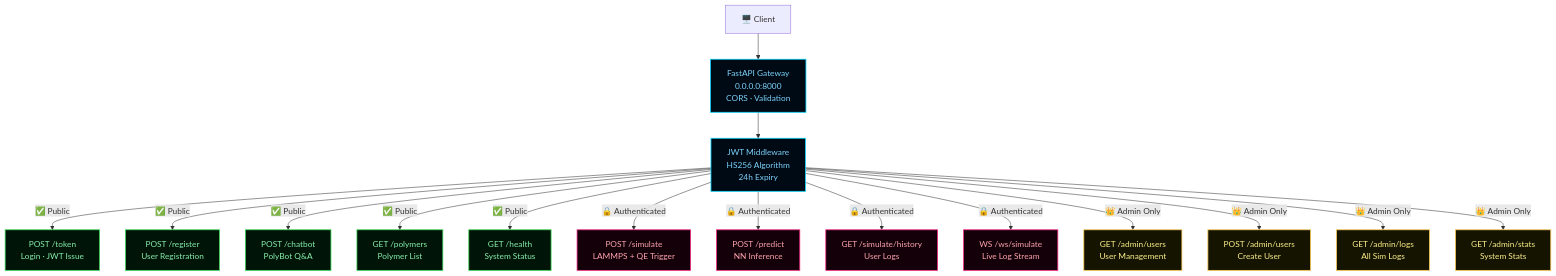
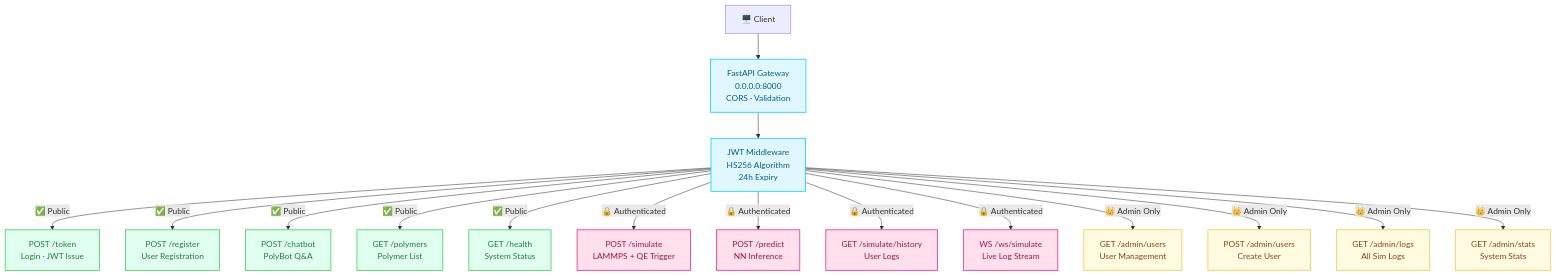
One commit to anshsharmacse/emotionalmaterials changed diagram 11 of 16 in README.md. Above: the diagram before and after it, drawn with Mermaid. The commit also changed other lines of this file, not shown here.

````diff
--- a/README.md
+++ b/README.md
@@ -476,27 +476,27 @@
 ```mermaid
 graph TD
-    classDef ep fill:#0a0014,stroke:#9d4edd,color:#c084fc,stroke-width:1.5px
-    classDef pub fill:#001408,stroke:#39d353,color:#86efac,stroke-width:1.5px
-    classDef priv fill:#140008,stroke:#f72585,color:#fda4af,stroke-width:1.5px
-    classDef adm fill:#141400,stroke:#f9c74f,color:#fef08a,stroke-width:1.5px
-    classDef mid fill:#000a14,stroke:#00d4ff,color:#7dd3fc,stroke-width:1.5px
+    classDef ep fill:#f3e8ff,stroke:#9d4edd,color:#5a189a,stroke-width:1.5px
+    classDef pub fill:#e0fff0,stroke:#39d353,color:#1a7f37,stroke-width:1.5px
+    classDef priv fill:#ffe0ec,stroke:#f72585,color:#a4133c,stroke-width:1.5px
+    classDef adm fill:#fffbe0,stroke:#f9c74f,color:#92400e,stroke-width:1.5px
+    classDef mid fill:#e0f7ff,stroke:#00d4ff,color:#006080,stroke-width:1.5px
 
     CLIENT["🖥️ Client"]
 
     CLIENT --> GW["FastAPI Gateway\n0.0.0.0:8000\nCORS · Validation"]:::mid
     GW --> JWT_MW["JWT Middleware\nHS256 Algorithm\n24h Expiry"]:::mid
 
     JWT_MW -->|"✅ Public"| P1["POST /token\nLogin · JWT Issue"]:::pub
     JWT_MW -->|"✅ Public"| P2["POST /register\nUser Registration"]:::pub
     JWT_MW -->|"✅ Public"| P3["POST /chatbot\nPolyBot Q&A"]:::pub
     JWT_MW -->|"✅ Public"| P4["GET /polymers\nPolymer List"]:::pub
     JWT_MW -->|"✅ Public"| P5["GET /health\nSystem Status"]:::pub
     JWT_MW -->|"🔒 Authenticated"| A1["POST /simulate\nLAMMPS + QE Trigger"]:::priv
     JWT_MW -->|"🔒 Authenticated"| A2["POST /predict\nNN Inference"]:::priv
     JWT_MW -->|"🔒 Authenticated"| A3["GET /simulate/history\nUser Logs"]:::priv
     JWT_MW -->|"🔒 Authenticated"| A4["WS /ws/simulate\nLive Log Stream"]:::priv
     JWT_MW -->|"👑 Admin Only"| AD1["GET /admin/users\nUser Management"]:::adm
     JWT_MW -->|"👑 Admin Only"| AD2["POST /admin/users\nCreate User"]:::adm
     JWT_MW -->|"👑 Admin Only"| AD3["GET /admin/logs\nAll Sim Logs"]:::adm
     JWT_MW -->|"👑 Admin Only"| AD4["GET /admin/stats\nSystem Stats"]:::adm
 ```
````
